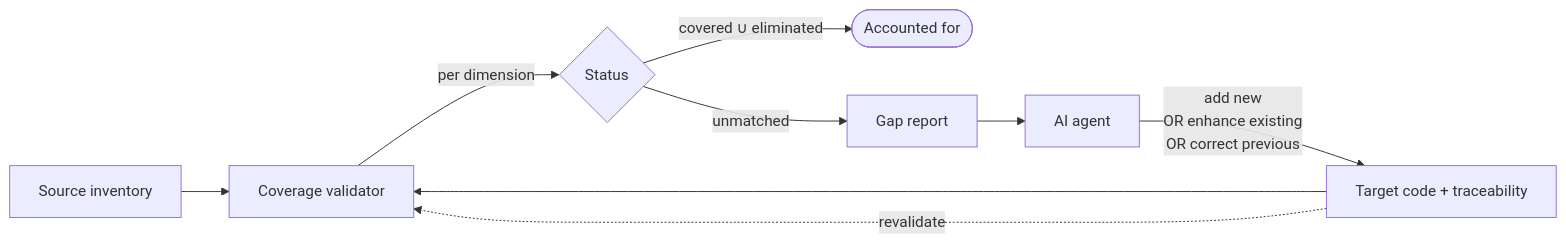
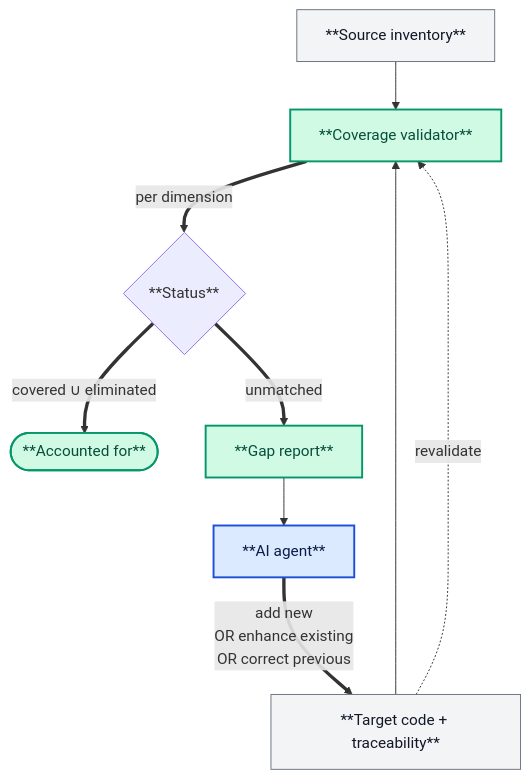
The fourth of 5 diagrams in docs/ai-assisted-migration-architecture.md (rd162/OSS_Migration), drawn with Mermaid before and after one commit. The commit also changed other lines of this file and 1 other file, not shown here.

First line of the commit message:
``` Draft ai-assisted-migration-architecture.md v0.9

````diff
--- a/docs/ai-assisted-migration-architecture.md
+++ b/docs/ai-assisted-migration-architecture.md
@@ -1668,11 +1771,20 @@
 ```mermaid
-flowchart LR
-    Src[Source inventory] --> V[Coverage validator]
-    Tgt[Target code + traceability] --> V
-    V -->|per dimension| R{Status}
-    R -->|covered ∪ eliminated| OK([Accounted for])
-    R -->|unmatched| GAP[Gap report]
-    GAP --> AI[AI agent]
-    AI -->|add new<br/>OR enhance existing<br/>OR correct previous| Tgt
-    Tgt -.revalidate.-> V
+---
+config:
+  flowchart:
+    htmlLabels: true
+---
+flowchart TB
+    Src["**Source inventory**"]:::art --> V["**Coverage validator**"]:::valid
+    Tgt["**Target code + traceability**"]:::art --> V
+    V == per dimension ==> R{"**Status**"}
+    R == "covered ∪ eliminated" ==> OK(["**Accounted for**"]):::valid
+    R == unmatched ==> GAP["**Gap report**"]:::valid
+    GAP --> AI["**AI agent**"]:::ai
+    AI == "add new<br/>OR enhance existing<br/>OR correct previous" ==> Tgt
+    Tgt -. revalidate .-> V
+
+    classDef ai fill:#dbeafe,stroke:#1d4ed8,stroke-width:2px,color:#0c1c4a;
+    classDef valid fill:#d1fae5,stroke:#059669,stroke-width:2px,color:#064e3b;
+    classDef art fill:#f3f4f6,stroke:#6b7280,stroke-width:1px,color:#111827;
 ```
````
